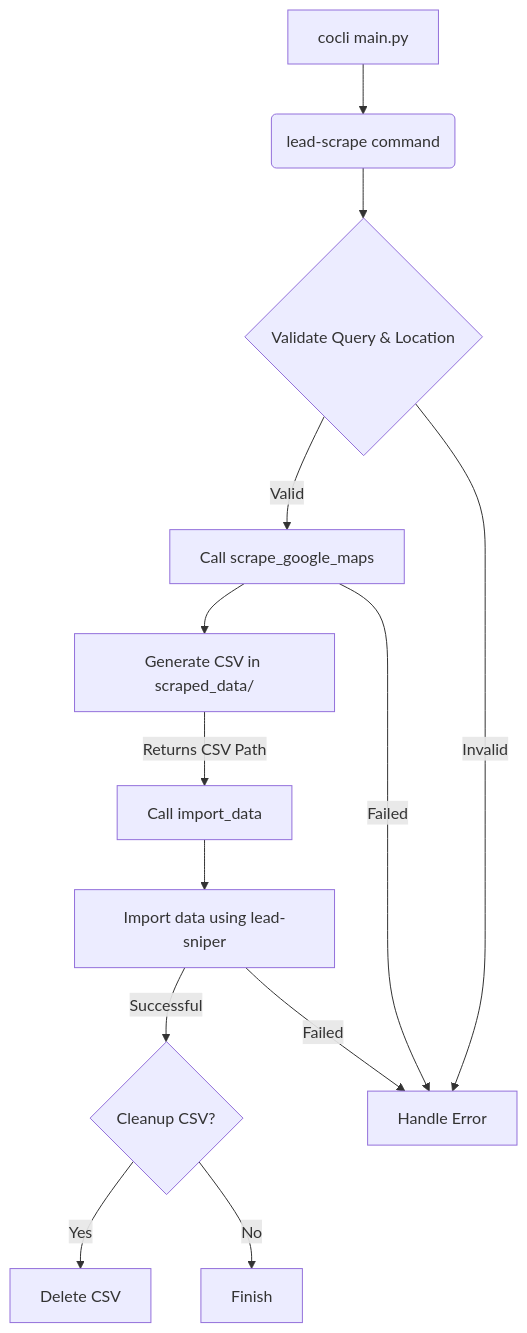
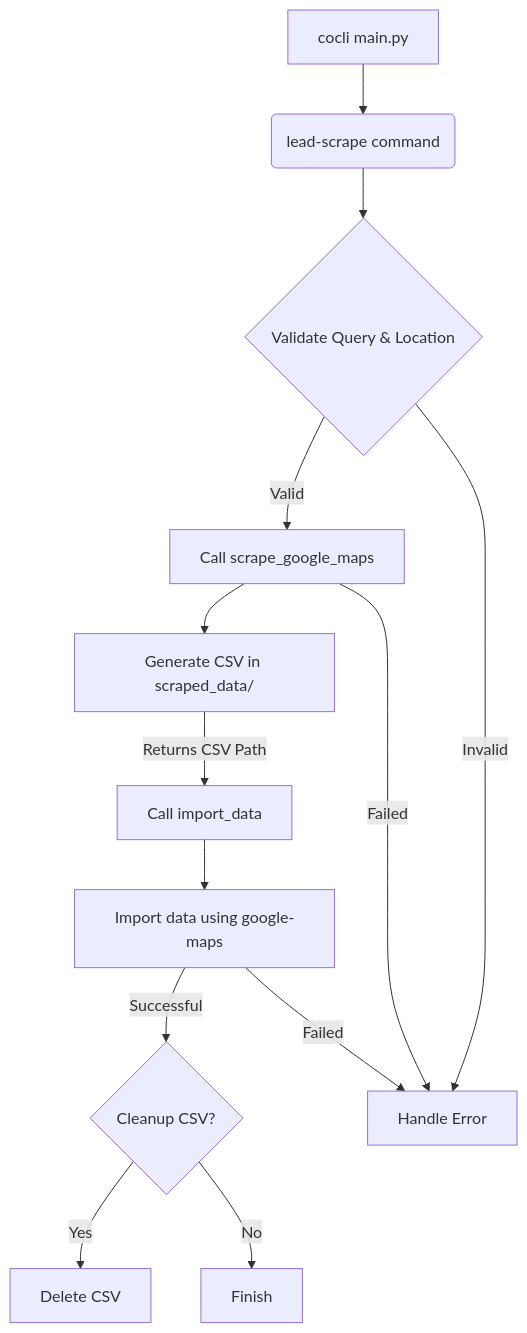
The diagram in features/lead-scrape.md (bizkite-co/cocli), drawn with Mermaid before and after one commit. The commit also changed other lines of this file and 38 other files, not shown here.

````diff
--- a/features/lead-scrape.md
+++ b/features/lead-scrape.md
@@ -48,15 +48,15 @@
 ```mermaid
 graph TD
     A[cocli main.py] --> B(lead-scrape command)
     B --> C{Validate Query & Location}
     C -- Valid --> D[Call scrape_google_maps]
     D --> E[Generate CSV in scraped_data/]
     E -- Returns CSV Path --> F[Call import_data]
-    F --> G[Import data using lead-sniper]
+    F --> G[Import data using google-maps]
     G -- Successful --> H{Cleanup CSV?}
     H -- Yes --> I[Delete CSV]
     H -- No --> J[Finish]
     G -- Failed --> K[Handle Error]
     D -- Failed --> K
     C -- Invalid --> K
 ```
````
